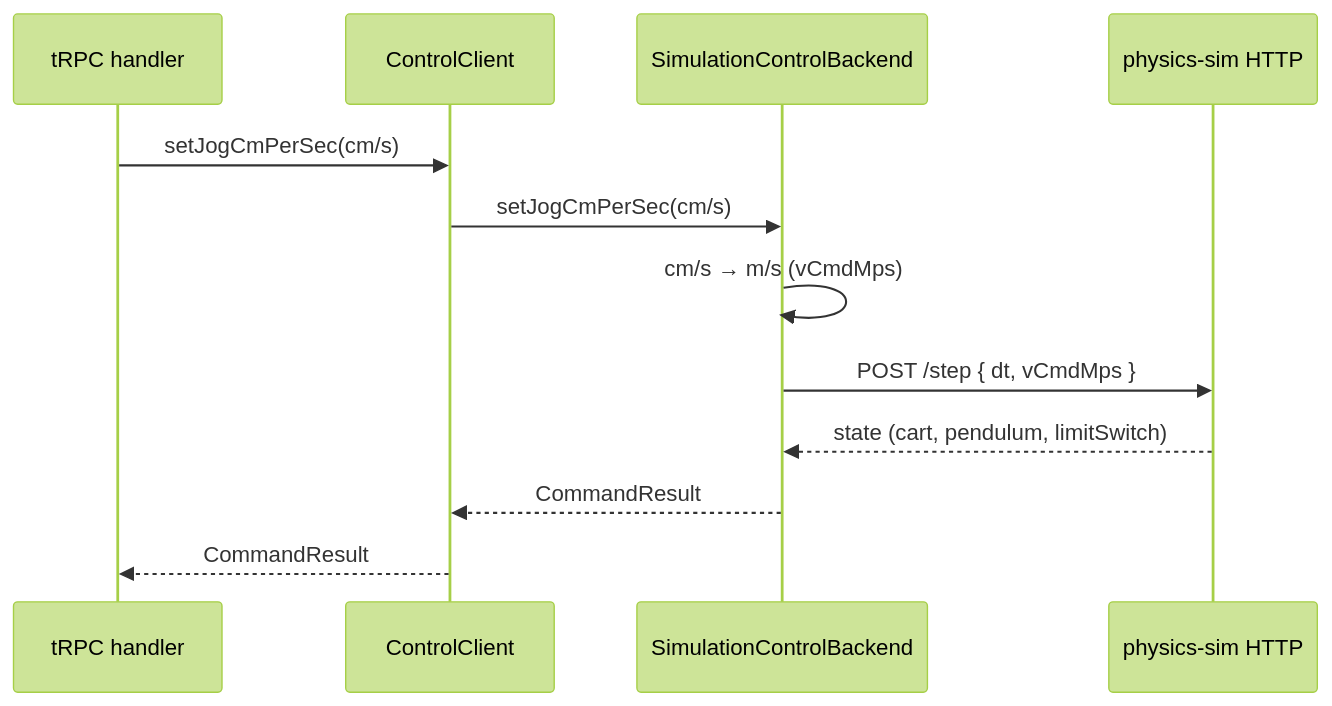
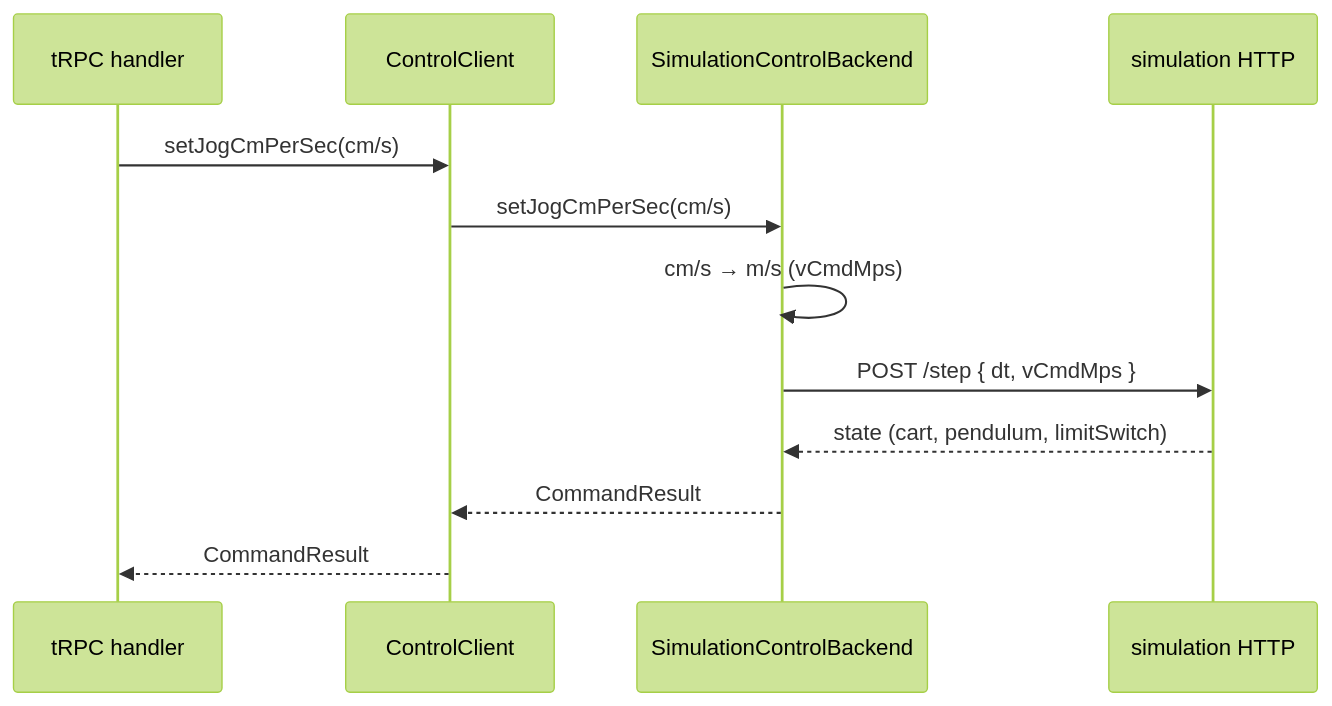
The third of 5 diagrams in docs/control-client-architecture.md (SamuelC54/real-pendulum-2), drawn with Mermaid (forest theme) before and after one commit. The commit also changed other lines of this file and 111 other files, not shown here.

````diff
--- a/docs/control-client-architecture.md
+++ b/docs/control-client-architecture.md
@@ -282,15 +282,15 @@
 ```mermaid
 sequenceDiagram
   participant TRPC as tRPC handler
   participant CC as ControlClient
   participant SB as SimulationControlBackend
-  participant PHYS as physics-sim HTTP
+  participant PHYS as simulation HTTP
 
   TRPC->>CC: setJogCmPerSec(cm/s)
   CC->>SB: setJogCmPerSec(cm/s)
   SB->>SB: cm/s → m/s (vCmdMps)
   SB->>PHYS: POST /step { dt, vCmdMps }
   PHYS-->>SB: state (cart, pendulum, limitSwitch)
   SB-->>CC: CommandResult
   CC-->>TRPC: CommandResult
 ```
````
